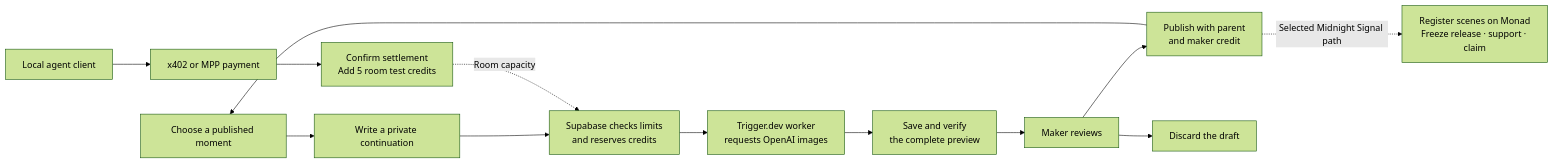
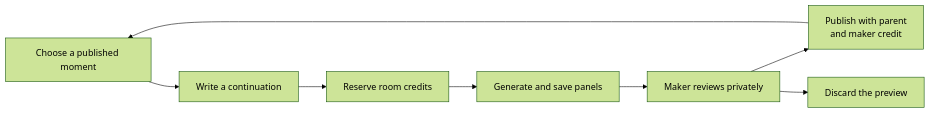
Before and after one commit to Wenjix/fork-night: the diagram in README.md, drawn with Mermaid (forest theme). The commit also changed other lines of this file, not shown here.

````diff
--- a/README.md
+++ b/README.md
@@ -209,15 +78,10 @@
 ```mermaid
 flowchart LR
-    A["Choose a published moment"] --> B["Write a private continuation"]
-    B --> C["Supabase checks limits<br/>and reserves credits"]
-    C --> D["Trigger.dev worker<br/>requests OpenAI images"]
-    D --> E["Save and verify<br/>the complete preview"]
-    E --> F["Maker reviews"]
-    F --> G["Publish with parent<br/>and maker credit"]
-    F --> H["Discard the draft"]
-    G --> A
-    J["Local agent client"] --> K["x402 or MPP payment"]
-    K --> L["Confirm settlement<br/>Add 5 room test credits"]
-    L -. "Room capacity" .-> C
-    G -. "Selected Midnight Signal path" .-> I["Register scenes on Monad<br/>Freeze release · support · claim"]
+    A["Choose a published moment"] --> B["Write a continuation"]
+    B --> C["Reserve room credits"]
+    C --> D["Generate and save panels"]
+    D --> E["Maker reviews privately"]
+    E --> F["Publish with parent<br/>and maker credit"]
+    E --> G["Discard the preview"]
+    F --> A
 ```
````
